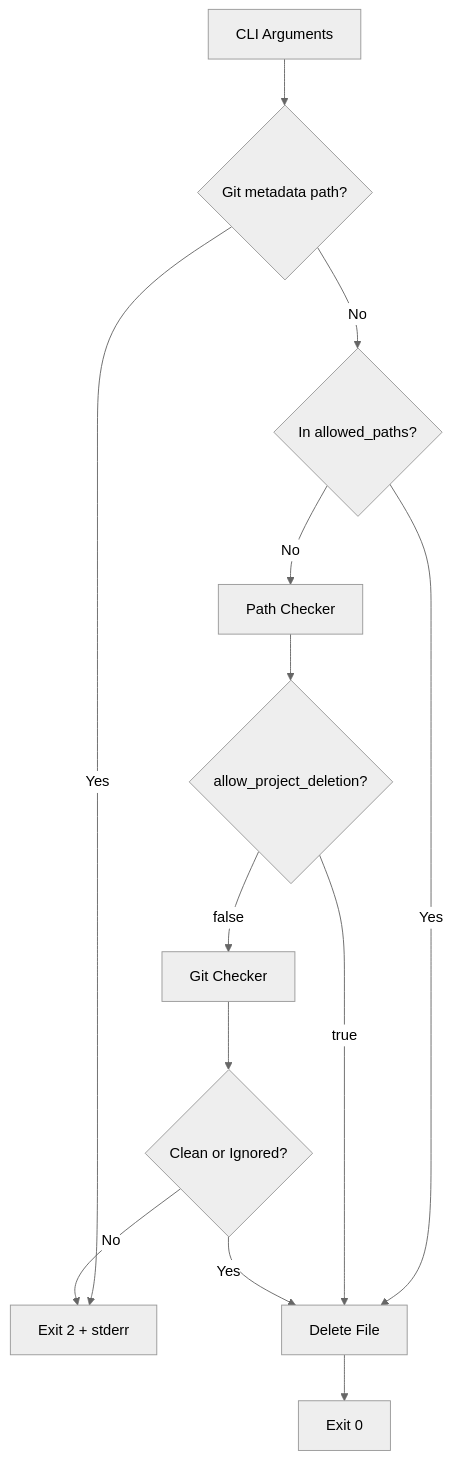
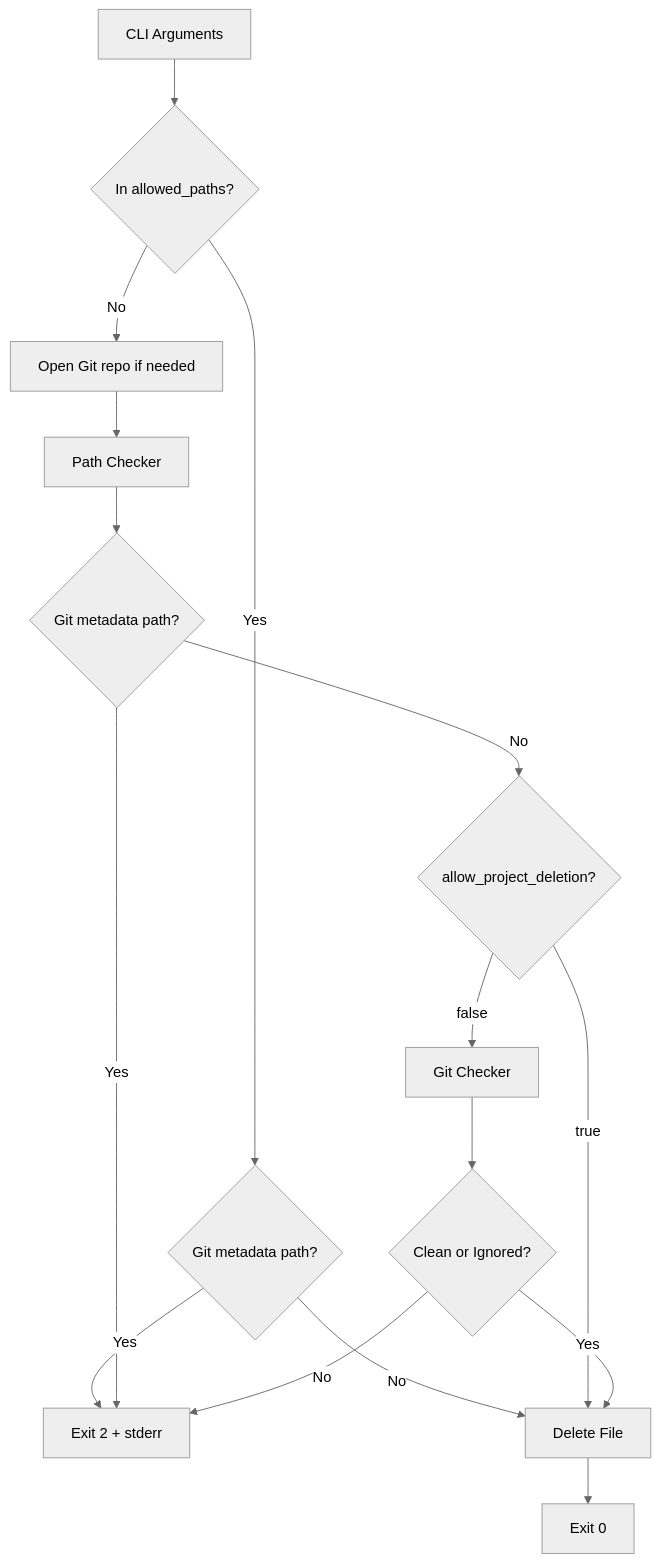
The first of 3 diagrams in README.md (owayo/safe-rm), drawn with Mermaid (neutral theme) before and after one commit. The commit also changed other lines of this file and 4 other files, not shown here.

````diff
--- a/README.md
+++ b/README.md
@@ -177,15 +177,18 @@
 ```mermaid
 flowchart TB
-    CLI[CLI Arguments] --> GitMetaCheck{Git metadata path?}
-    GitMetaCheck -->|Yes| Exit2[Exit 2 + stderr]
-    GitMetaCheck -->|No| ConfigCheck{In allowed_paths?}
-    ConfigCheck -->|Yes| Delete[Delete File]
-    ConfigCheck -->|No| PathCheck[Path Checker]
-    PathCheck --> ProjectCheck{allow_project_deletion?}
+    CLI[CLI Arguments] --> ConfigCheck{In allowed_paths?}
+    ConfigCheck -->|Yes| AllowedGitMetaCheck{Git metadata path?}
+    AllowedGitMetaCheck -->|Yes| Exit2[Exit 2 + stderr]
+    AllowedGitMetaCheck -->|No| Delete[Delete File]
+    ConfigCheck -->|No| GitOpen[Open Git repo if needed]
+    GitOpen --> PathCheck[Path Checker]
+    PathCheck --> GitMetaCheck{Git metadata path?}
+    GitMetaCheck -->|Yes| Exit2
+    GitMetaCheck -->|No| ProjectCheck{allow_project_deletion?}
     ProjectCheck -->|true| Delete
     ProjectCheck -->|false| GitCheck[Git Checker]
     GitCheck --> Result{Clean or Ignored?}
     Result -->|Yes| Delete
     Result -->|No| Exit2
     Delete --> Exit0[Exit 0]
 ```
````
